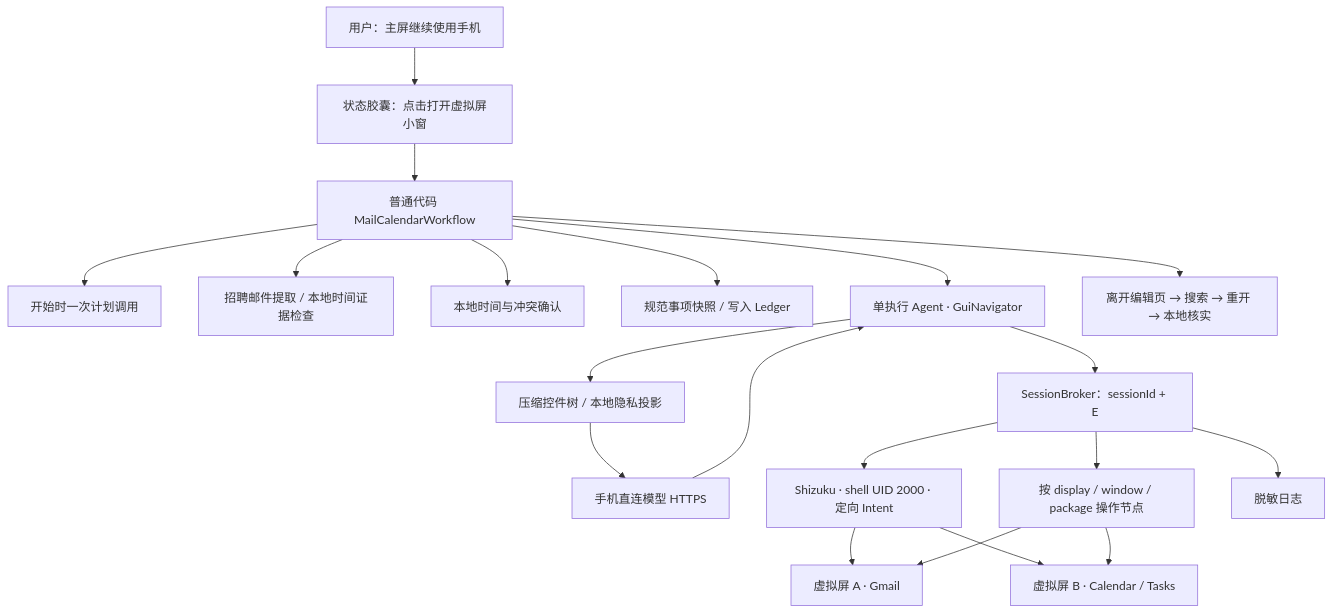
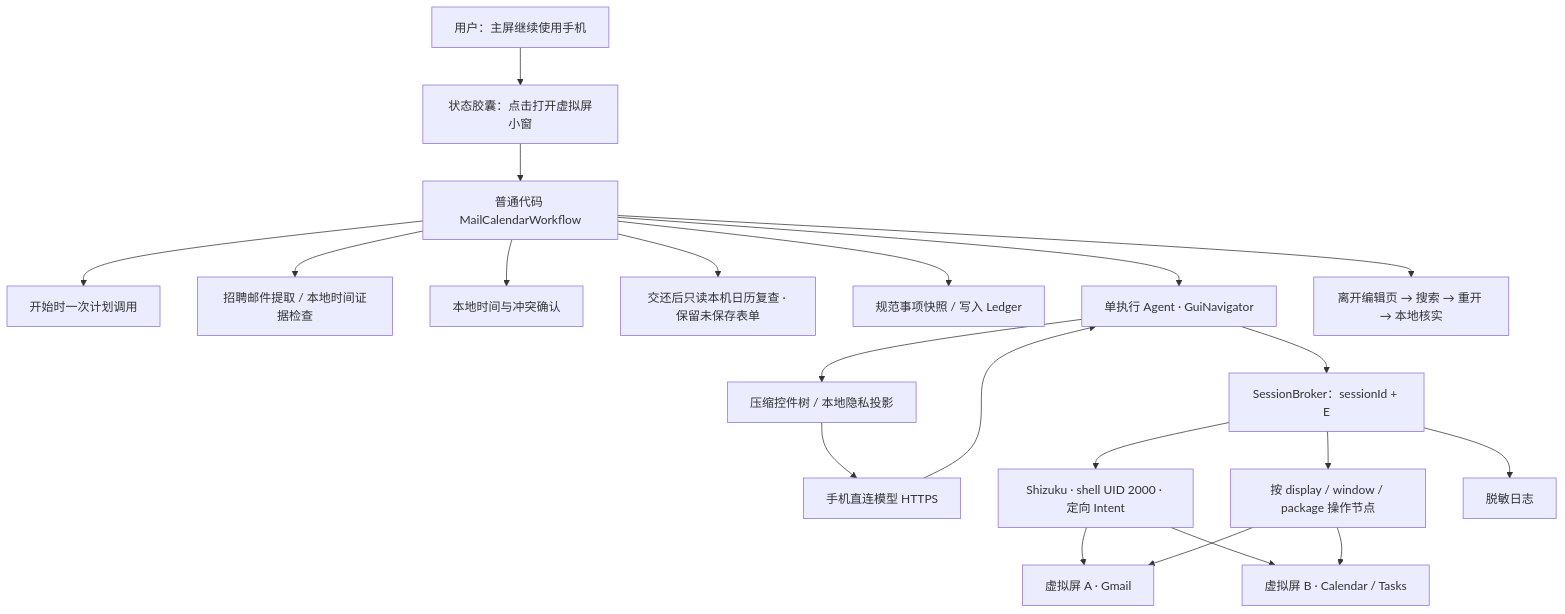
One commit to Charlie-Uni/WellPhone-Bluewhale changed the diagram in README.md. Above: the diagram before and after it, drawn with Mermaid. The commit also changed other lines of this file and 23 other files, not shown here.

````diff
--- a/README.md
+++ b/README.md
@@ -28,22 +28,23 @@
 ```mermaid
 flowchart TB
   User[用户：主屏继续使用手机] --> Capsule[状态胶囊：点击打开虚拟屏小窗]
   Capsule --> Workflow[普通代码 MailCalendarWorkflow]
   Workflow --> Plan[开始时一次计划调用]
   Workflow --> Extract[招聘邮件提取 / 本地时间证据检查]
   Workflow --> Review[本地时间与冲突确认]
+  Workflow --> LocalCalendar[交还后只读本机日历复查 · 保留未保存表单]
   Workflow --> Ledger[规范事项快照 / 写入 Ledger]
   Workflow --> Runner[单执行 Agent · GuiNavigator]
   Runner --> Privacy[压缩控件树 / 本地隐私投影]
   Privacy --> Model[手机直连模型 HTTPS]
   Model --> Runner
   Runner --> Broker[SessionBroker：sessionId + E]
   Broker --> A11y[按 display / window / package 操作节点]
   Broker --> Shell[Shizuku · shell UID 2000 · 定向 Intent]
   Shell --> A[虚拟屏 A · Gmail]
   Shell --> B[虚拟屏 B · Calendar / Tasks]
   A11y --> A
   A11y --> B
   Workflow --> Proof[离开编辑页 → 搜索 → 重开 → 本地核实]
   Broker --> Journal[脱敏日志]
 ```
````
